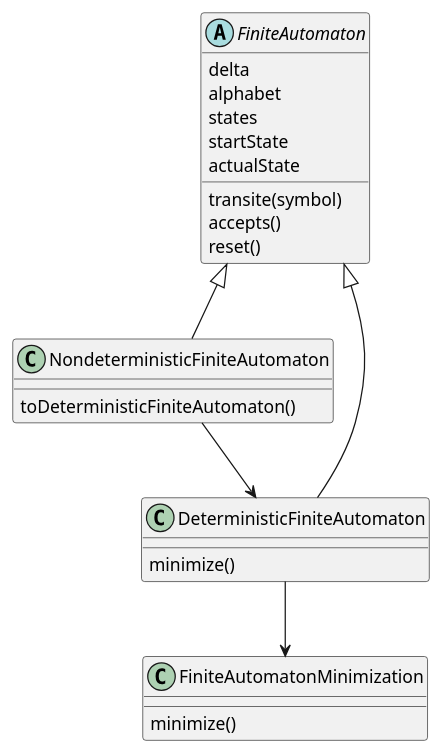
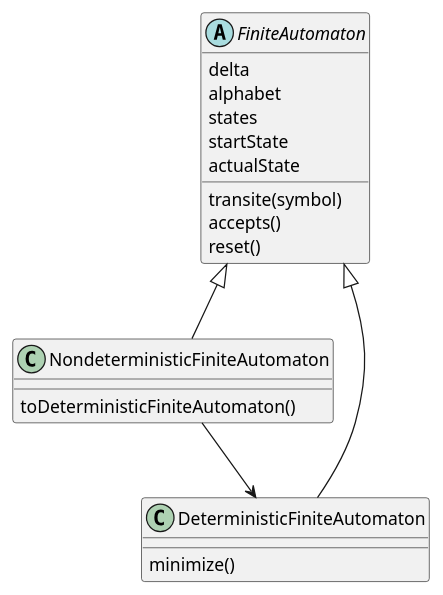
One commit to sanchezcarlosjr/theory-of-computation changed the diagram in docs/automata-modelling.md. Above: the diagram before and after it, drawn with PlantUML.

Commit message:
feat(): yagni remove minimization

````diff
--- a/docs/automata-modelling.md
+++ b/docs/automata-modelling.md
@@ -3,25 +3,21 @@
 ```puml
 abstract class FiniteAutomaton {
    delta
    alphabet
    states
    startState
    actualState
    transite(symbol)
    accepts()
    reset()
 }
 class NondeterministicFiniteAutomaton {
   toDeterministicFiniteAutomaton()
 }
 class DeterministicFiniteAutomaton {
   minimize()
 }
 NondeterministicFiniteAutomaton --> DeterministicFiniteAutomaton
 FiniteAutomaton <|-- NondeterministicFiniteAutomaton
 FiniteAutomaton <|-- DeterministicFiniteAutomaton
-DeterministicFiniteAutomaton --> FiniteAutomatonMinimization
-class FiniteAutomatonMinimization {
-minimize()
-}
 ```
````
